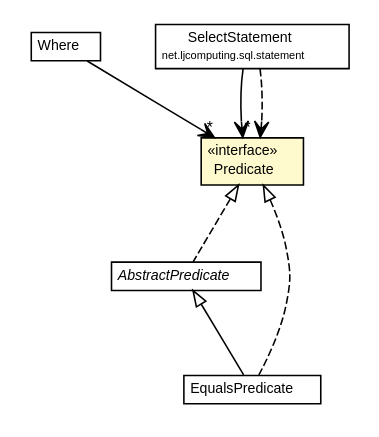
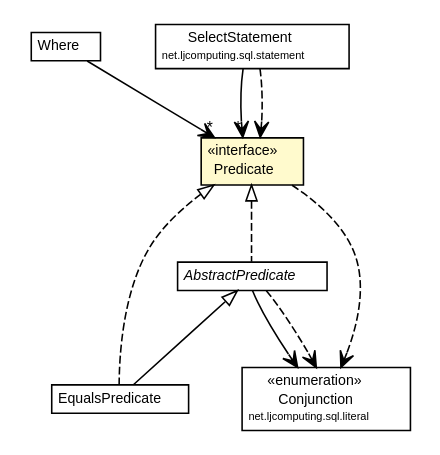
The diagram in docs/javadoc/apidocs/net/ljcomputing/sql/clause/Predicate.dot (willmorejg/net.ljcomputing.sql), drawn with Graphviz before and after one commit. The commit also changed 135 other files, not shown here.

```diff
--- a/docs/javadoc/apidocs/net/ljcomputing/sql/clause/Predicate.dot
+++ b/docs/javadoc/apidocs/net/ljcomputing/sql/clause/Predicate.dot
@@ -1,56 +1,70 @@
 #!/usr/local/bin/dot
 #
 # Class diagram 
 # Generated by UMLGraph version R5_6 (http://www.umlgraph.org/)
 #
 
 digraph G {
 	edge [fontname="Helvetica",fontsize=10,labelfontname="Helvetica",labelfontsize=10];
 	node [fontname="Helvetica",fontsize=10,shape=plaintext];
 	nodesep=0.25;
 	ranksep=0.5;
 	// net.ljcomputing.sql.clause.AbstractPredicate
-	c533 [label=<<table title="net.ljcomputing.sql.clause.AbstractPredicate" border="0" cellborder="1" cellspacing="0" cellpadding="2" port="p" href="./AbstractPredicate.html">
+	c580 [label=<<table title="net.ljcomputing.sql.clause.AbstractPredicate" border="0" cellborder="1" cellspacing="0" cellpadding="2" port="p" href="./AbstractPredicate.html">
 		<tr><td><table border="0" cellspacing="0" cellpadding="1">
 <tr><td align="center" balign="center"><font face="Helvetica-Oblique"> AbstractPredicate </font></td></tr>
 		</table></td></tr>
 		</table>>, URL="./AbstractPredicate.html", fontname="Helvetica", fontcolor="black", fontsize=9.0];
 	// net.ljcomputing.sql.clause.Where
-	c535 [label=<<table title="net.ljcomputing.sql.clause.Where" border="0" cellborder="1" cellspacing="0" cellpadding="2" port="p" href="./Where.html">
+	c582 [label=<<table title="net.ljcomputing.sql.clause.Where" border="0" cellborder="1" cellspacing="0" cellpadding="2" port="p" href="./Where.html">
 		<tr><td><table border="0" cellspacing="0" cellpadding="1">
 <tr><td align="center" balign="center"> Where </td></tr>
 		</table></td></tr>
 		</table>>, URL="./Where.html", fontname="Helvetica", fontcolor="black", fontsize=9.0];
 	// net.ljcomputing.sql.clause.EqualsPredicate
-	c538 [label=<<table title="net.ljcomputing.sql.clause.EqualsPredicate" border="0" cellborder="1" cellspacing="0" cellpadding="2" port="p" href="./EqualsPredicate.html">
+	c585 [label=<<table title="net.ljcomputing.sql.clause.EqualsPredicate" border="0" cellborder="1" cellspacing="0" cellpadding="2" port="p" href="./EqualsPredicate.html">
 		<tr><td><table border="0" cellspacing="0" cellpadding="1">
 <tr><td align="center" balign="center"> EqualsPredicate </td></tr>
 		</table></td></tr>
 		</table>>, URL="./EqualsPredicate.html", fontname="Helvetica", fontcolor="black", fontsize=9.0];
 	// net.ljcomputing.sql.clause.Predicate
-	c539 [label=<<table title="net.ljcomputing.sql.clause.Predicate" border="0" cellborder="1" cellspacing="0" cellpadding="2" port="p" bgcolor="lemonChiffon" href="./Predicate.html">
+	c586 [label=<<table title="net.ljcomputing.sql.clause.Predicate" border="0" cellborder="1" cellspacing="0" cellpadding="2" port="p" bgcolor="lemonChiffon" href="./Predicate.html">
 		<tr><td><table border="0" cellspacing="0" cellpadding="1">
 <tr><td align="center" balign="center"> &#171;interface&#187; </td></tr>
 <tr><td align="center" balign="center"> Predicate </td></tr>
 		</table></td></tr>
 		</table>>, URL="./Predicate.html", fontname="Helvetica", fontcolor="black", fontsize=9.0];
 	// net.ljcomputing.sql.statement.SelectStatement
-	c543 [label=<<table title="net.ljcomputing.sql.statement.SelectStatement" border="0" cellborder="1" cellspacing="0" cellpadding="2" port="p" href="../statement/SelectStatement.html">
+	c590 [label=<<table title="net.ljcomputing.sql.statement.SelectStatement" border="0" cellborder="1" cellspacing="0" cellpadding="2" port="p" href="../statement/SelectStatement.html">
 		<tr><td><table border="0" cellspacing="0" cellpadding="1">
 <tr><td align="center" balign="center"> SelectStatement </td></tr>
 <tr><td align="center" balign="center"><font point-size="7.0"> net.ljcomputing.sql.statement </font></td></tr>
 		</table></td></tr>
 		</table>>, URL="../statement/SelectStatement.html", fontname="Helvetica", fontcolor="black", fontsize=9.0];
+	// net.ljcomputing.sql.literal.Conjunction
+	c601 [label=<<table title="net.ljcomputing.sql.literal.Conjunction" border="0" cellborder="1" cellspacing="0" cellpadding="2" port="p" href="../literal/Conjunction.html">
+		<tr><td><table border="0" cellspacing="0" cellpadding="1">
+<tr><td align="center" balign="center"> &#171;enumeration&#187; </td></tr>
+<tr><td align="center" balign="center"> Conjunction </td></tr>
+<tr><td align="center" balign="center"><font point-size="7.0"> net.ljcomputing.sql.literal </font></td></tr>
+		</table></td></tr>
+		</table>>, URL="../literal/Conjunction.html", fontname="Helvetica", fontcolor="black", fontsize=9.0];
 	//net.ljcomputing.sql.clause.AbstractPredicate implements net.ljcomputing.sql.clause.Predicate
-	c539:p -> c533:p [dir=back,arrowtail=empty,style=dashed];
+	c586:p -> c580:p [dir=back,arrowtail=empty,style=dashed];
 	//net.ljcomputing.sql.clause.EqualsPredicate extends net.ljcomputing.sql.clause.AbstractPredicate
-	c533:p -> c538:p [dir=back,arrowtail=empty];
+	c580:p -> c585:p [dir=back,arrowtail=empty];
 	//net.ljcomputing.sql.clause.EqualsPredicate implements net.ljcomputing.sql.clause.Predicate
-	c539:p -> c538:p [dir=back,arrowtail=empty,style=dashed];
+	c586:p -> c585:p [dir=back,arrowtail=empty,style=dashed];
+	// net.ljcomputing.sql.clause.AbstractPredicate NAVASSOC net.ljcomputing.sql.literal.Conjunction
+	c580:p -> c601:p [taillabel="", label="", headlabel="", fontname="Helvetica", fontcolor="black", fontsize=10.0, color="black", arrowhead=open];
 	// net.ljcomputing.sql.clause.Where NAVASSOC net.ljcomputing.sql.clause.Predicate
-	c535:p -> c539:p [taillabel="", label="", headlabel="*", fontname="Helvetica", fontcolor="black", fontsize=10.0, color="black", arrowhead=open];
+	c582:p -> c586:p [taillabel="", label="", headlabel="*", fontname="Helvetica", fontcolor="black", fontsize=10.0, color="black", arrowhead=open];
 	// net.ljcomputing.sql.statement.SelectStatement NAVASSOC net.ljcomputing.sql.clause.Predicate
-	c543:p -> c539:p [taillabel="", label="", headlabel="*", fontname="Helvetica", fontcolor="black", fontsize=10.0, color="black", arrowhead=open];
+	c590:p -> c586:p [taillabel="", label="", headlabel="*", fontname="Helvetica", fontcolor="black", fontsize=10.0, color="black", arrowhead=open];
+	// net.ljcomputing.sql.clause.AbstractPredicate DEPEND net.ljcomputing.sql.literal.Conjunction
+	c580:p -> c601:p [taillabel="", label="", headlabel="", fontname="Helvetica", fontcolor="black", fontsize=10.0, color="black", arrowhead=open, style=dashed];
+	// net.ljcomputing.sql.clause.Predicate DEPEND net.ljcomputing.sql.literal.Conjunction
+	c586:p -> c601:p [taillabel="", label="", headlabel="", fontname="Helvetica", fontcolor="black", fontsize=10.0, color="black", arrowhead=open, style=dashed];
 	// net.ljcomputing.sql.statement.SelectStatement DEPEND net.ljcomputing.sql.clause.Predicate
-	c543:p -> c539:p [taillabel="", label="", headlabel="", fontname="Helvetica", fontcolor="black", fontsize=10.0, color="black", arrowhead=open, style=dashed];
+	c590:p -> c586:p [taillabel="", label="", headlabel="", fontname="Helvetica", fontcolor="black", fontsize=10.0, color="black", arrowhead=open, style=dashed];
 }
```
